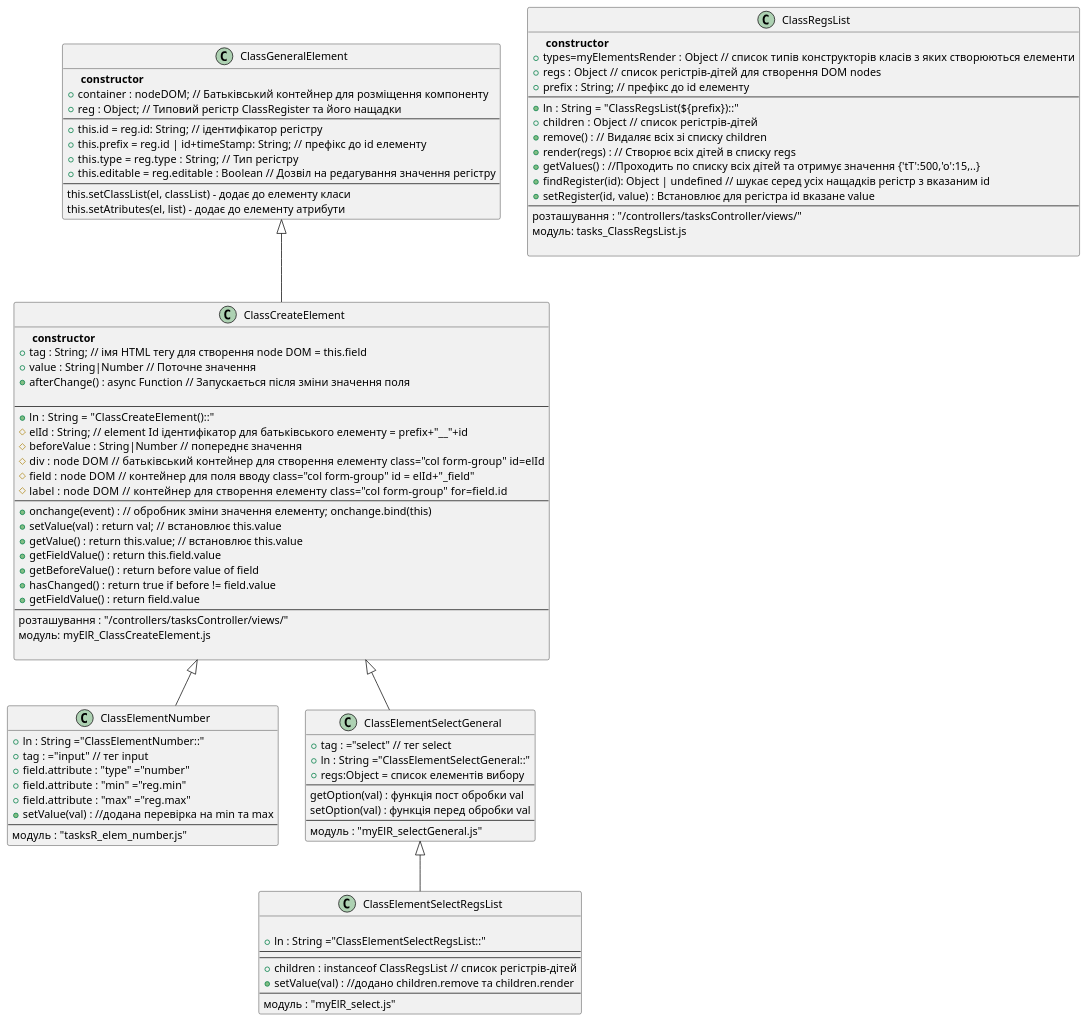
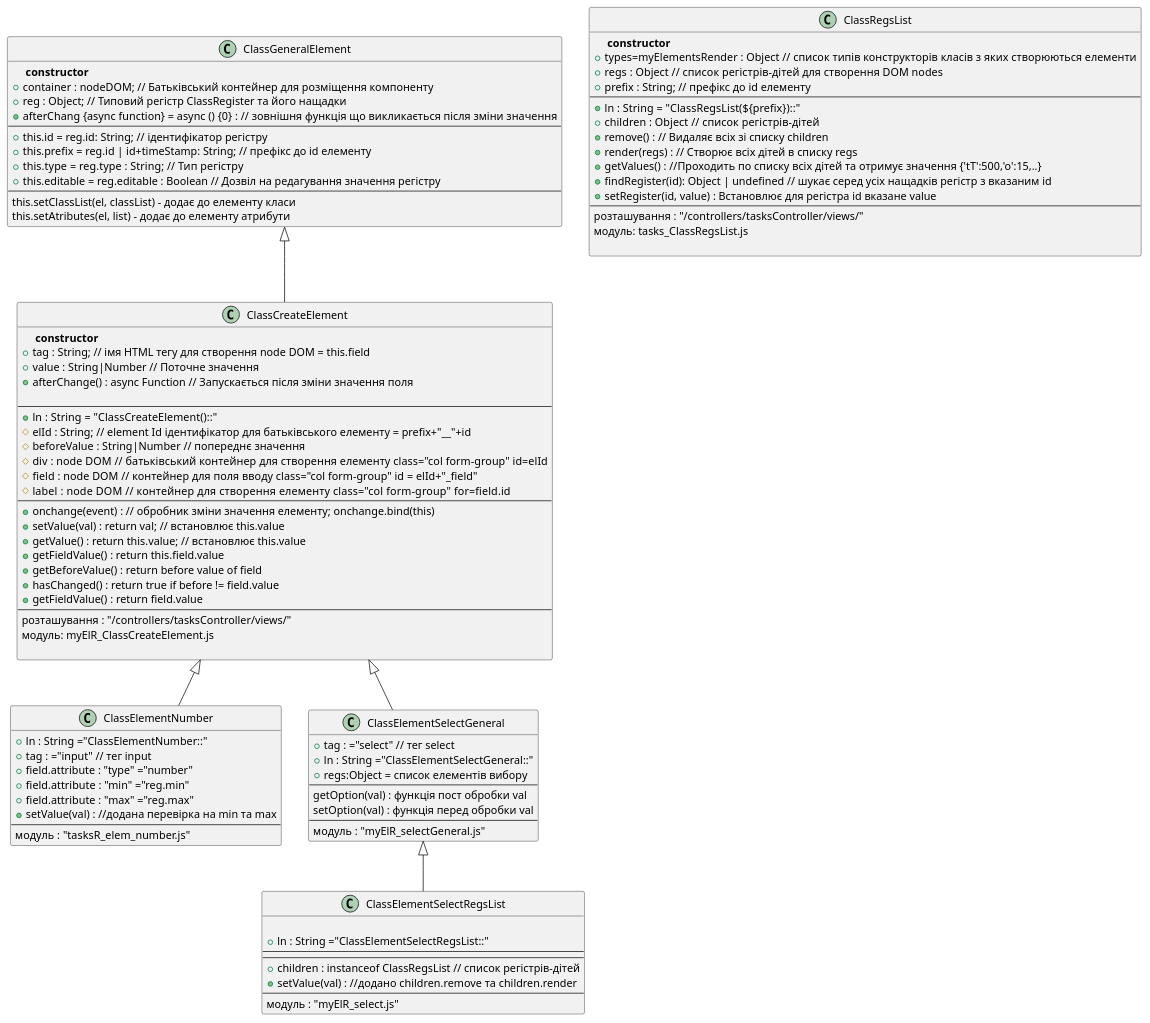
One commit to YVitalii/ASUTP2021 changed the diagram in controllers/elementsRender/ElementsDiagram.puml. Above: the diagram before and after it, drawn with PlantUML. The commit also changed 33 other files, not shown here.

```diff
--- a/controllers/elementsRender/ElementsDiagram.puml
+++ b/controllers/elementsRender/ElementsDiagram.puml
@@ -1,101 +1,102 @@
 @startuml DOM_elements
 
 class ClassGeneralElement {
     ** constructor **
 	+container : nodeDOM; // Батьківський контейнер для розміщення компоненту
 	+reg : Object; // Типовий регістр ClassRegister та його нащадки
+	+afterChang {async function} = async () {0} :  // зовнішня функція що викликається після зміни значення
 	---
     +this.id = reg.id: String; // ідентифікатор регістру 
     +this.prefix = reg.id | id+timeStamp: String; // префікс до id елементу 
 	+this.type = reg.type :  String; // Тип регістру
 	+this.editable = reg.editable : Boolean // Дозвіл на редагування значення регістру
 	---
 	this.setClassList(el, classList) - додає до елементу класи
 	this.setAtributes(el, list) - додає до елементу атрибути 
 }
  ClassGeneralElement <|-- ClassCreateElement
  
 class ClassCreateElement {
     ** constructor **
     +tag : String; // імя HTML тегу для створення node DOM = this.field
 	+value : String|Number // Поточне значення
 	+afterChange() : async Function // Запускається після зміни значення поля
 	
 	---
 	+ln : String  = "ClassCreateElement()::"
     #elId : String; // element Id ідентифікатор для батьківського елементу = prefix+"__"+id
     #beforeValue : String|Number // попереднє значення
     #div : node DOM   // батьківський контейнер для створення елементу class="col form-group" id=elId
     #field : node DOM  // контейнер для поля вводу class="col form-group" id = elId+"_field"
     #label : node DOM   // контейнер для створення елементу   class="col form-group" for=field.id
     ---
     +onchange(event) : // обробник зміни значення елементу; onchange.bind(this)
     +setValue(val) : return val; // встановлює this.value
     +getValue() : return this.value; // встановлює this.value
     +getFieldValue() : return this.field.value
 	+getBeforeValue() : return before value of field
 	+hasChanged() : return true if before != field.value
 	+getFieldValue() : return field.value
     ---
     розташування : "/controllers/tasksController/views/"
     модуль: myElR_ClassCreateElement.js 
     
 }
 
 class ClassElementNumber {
     +ln : String ="ClassElementNumber::"
     +tag : ="input" // тег input
     +field.attribute : "type" ="number"
     +field.attribute : "min" ="reg.min"
     +field.attribute : "max" ="reg.max"
     +setValue(val) : //додана перевірка на min та max
     ---
     модуль : "tasksR_elem_number.js" 
 }
 ClassCreateElement <|-- ClassElementNumber
 
 class ClassElementSelectGeneral {
     +tag : ="select" // тег select
     +ln : String ="ClassElementSelectGeneral::"
     +regs:Object = список елементів вибору
     ---
 	getOption(val) : функція пост обробки val
 	setOption(val) : функція перед обробки val
 	---
     модуль : "myElR_selectGeneral.js" 
 }
 ClassCreateElement <|-- ClassElementSelectGeneral
 
 class ClassElementSelectRegsList {
     
     +ln : String ="ClassElementSelectRegsList::"
 	---
 	---
     +children : instanceof ClassRegsList // список регістрів-дітей 
     +setValue(val) : //додано children.remove та children.render
     ---
     модуль : "myElR_select.js" 
 }
 ClassElementSelectGeneral <|-- ClassElementSelectRegsList
 
 
 class ClassRegsList {   
     ** constructor **
     +types=myElementsRender : Object // список типів конструкторів класів  з яких створюються елементи 
     +regs  : Object // список регістрів-дітей для створення DOM nodes
     +prefix : String; // префікс до id елементу 
 	---
 	+ln : String  = "ClassRegsList(${prefix})::"
     +children :  Object // список регістрів-дітей
     +remove() : // Видаляє всіх зі списку children
     +render(regs) : // Створює всіх дітей в списку regs
     +getValues() : //Проходить по списку всіх дітей та отримує значення {'tT':500,'o':15,..}
     +findRegister(id): Object | undefined // шукає серед усіх нащадків регістр з вказаним id
     +setRegister(id, value) : Встановлює для регістра id вказане value 
     ---
     розташування : "/controllers/tasksController/views/"
     модуль: tasks_ClassRegsList.js 
     
 }
 
 @enduml
```
